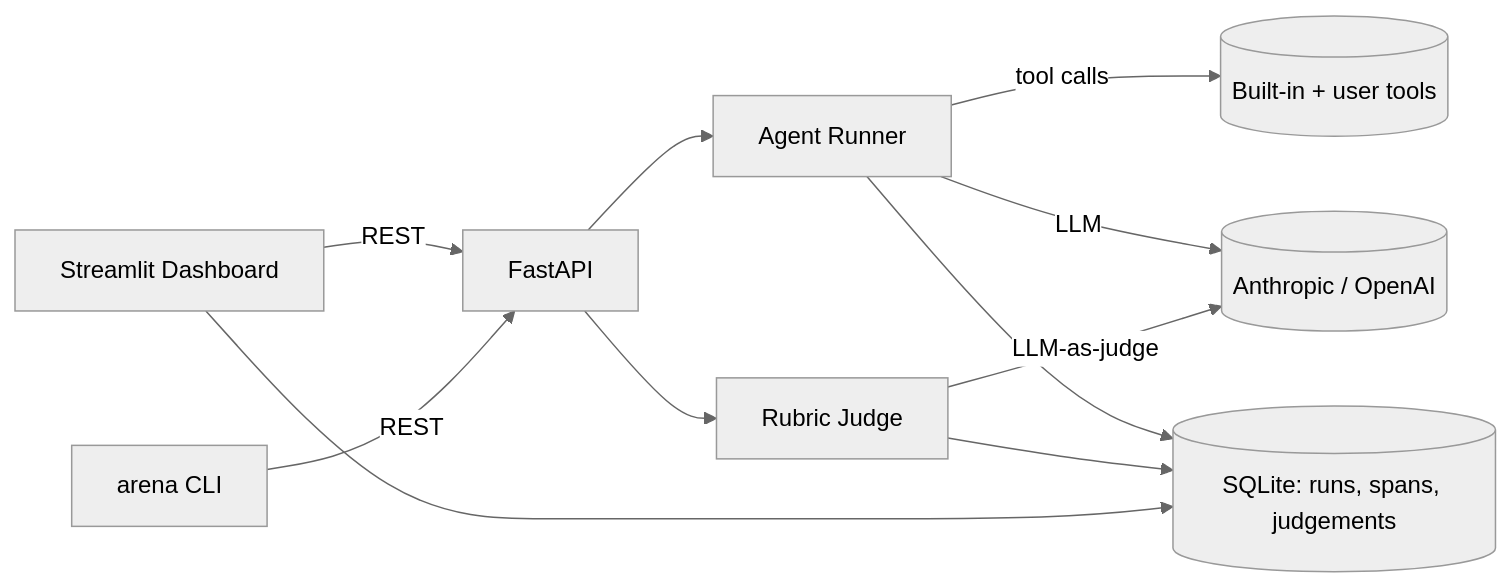
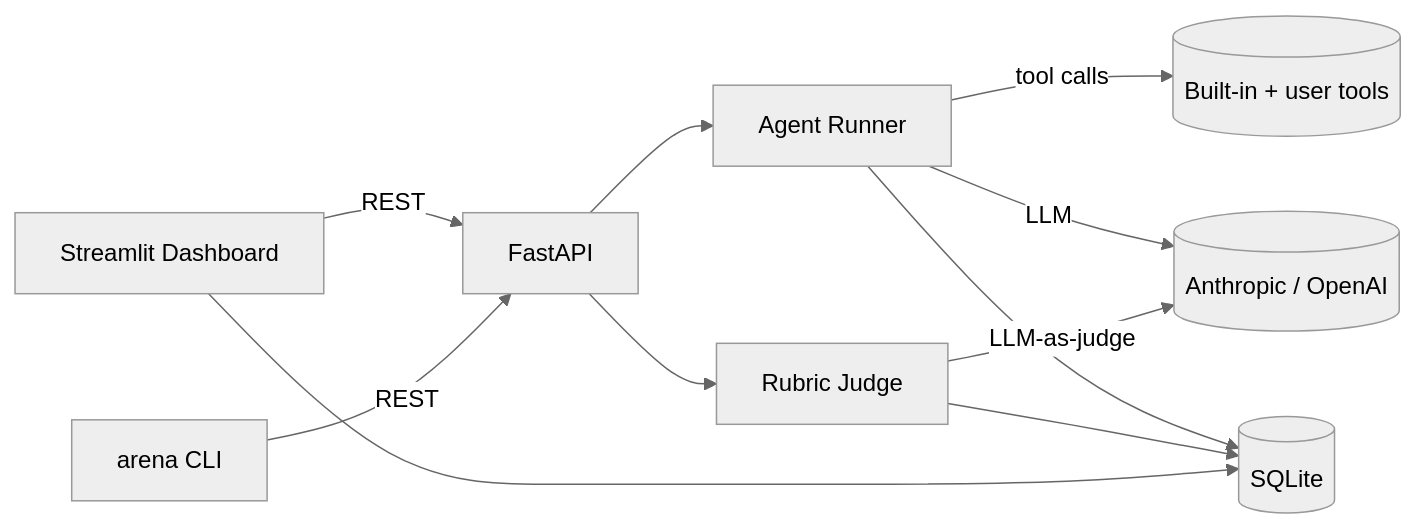
Before and after one commit to RitikPatill/agent-arena: the diagram in README.md, drawn with Mermaid (neutral theme). The commit also changed other lines of this file and 3 other files, not shown here.

````diff
--- a/README.md
+++ b/README.md
@@ -141,13 +70,13 @@
 ```mermaid
 flowchart LR
   UI[Streamlit Dashboard] -->|REST| API[FastAPI]
   CLI[arena CLI] -->|REST| API
   API --> Runner[Agent Runner]
   API --> Judge[Rubric Judge]
   Runner -->|tool calls| Tools[(Built-in + user tools)]
   Runner -->|LLM| LLM[(Anthropic / OpenAI)]
   Judge -->|LLM-as-judge| LLM
-  Runner --> DB[(SQLite: runs, spans, judgements)]
+  Runner --> DB[(SQLite)]
   Judge --> DB
   UI --> DB
 ```
````
